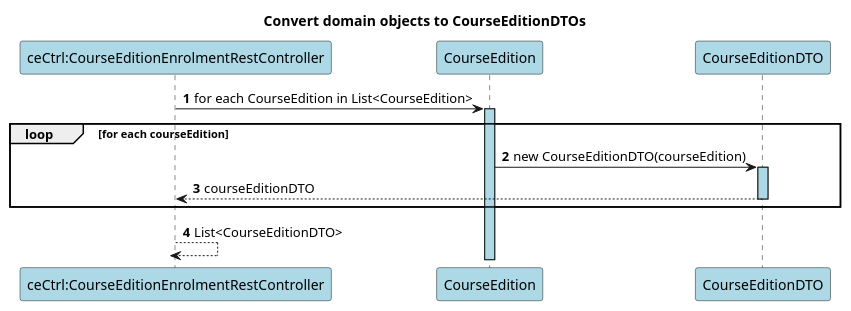
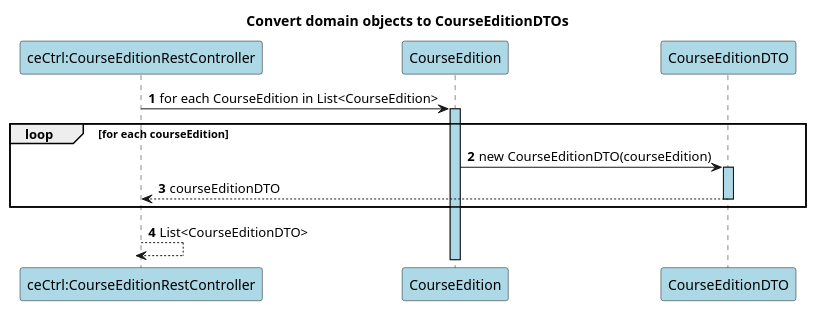
One commit to GasparISEP/DevOps-PAI changed the diagram in docs/US25/REST_API/ScenarioView/Level4/Refs/Ref2-ConvertDomainObjectsToCourseEditionDTOs.puml. Above: the diagram before and after it, drawn with PlantUML. The commit also changed 4 other files, not shown here.

```diff
--- a/docs/US25/REST_API/ScenarioView/Level4/Refs/Ref2-ConvertDomainObjectsToCourseEditionDTOs.puml
+++ b/docs/US25/REST_API/ScenarioView/Level4/Refs/Ref2-ConvertDomainObjectsToCourseEditionDTOs.puml
@@ -1,18 +1,18 @@
 @startuml
 
 autonumber
 
 title Convert domain objects to CourseEditionDTOs
 
-participant "ceCtrl:CourseEditionEnrolmentRestController" as C #lightblue
+participant "ceCtrl:CourseEditionRestController" as C #lightblue
 participant "CourseEdition" as CE #lightblue
 participant "CourseEditionDTO" as DTO #lightblue
 
 C -> CE ++ #lightblue: for each CourseEdition in List<CourseEdition>
 loop for each courseEdition
     CE -> DTO ++ #lightblue: new CourseEditionDTO(courseEdition)
     DTO --> C --: courseEditionDTO
 end
 C --> C --: List<CourseEditionDTO>
 
 @enduml
```
